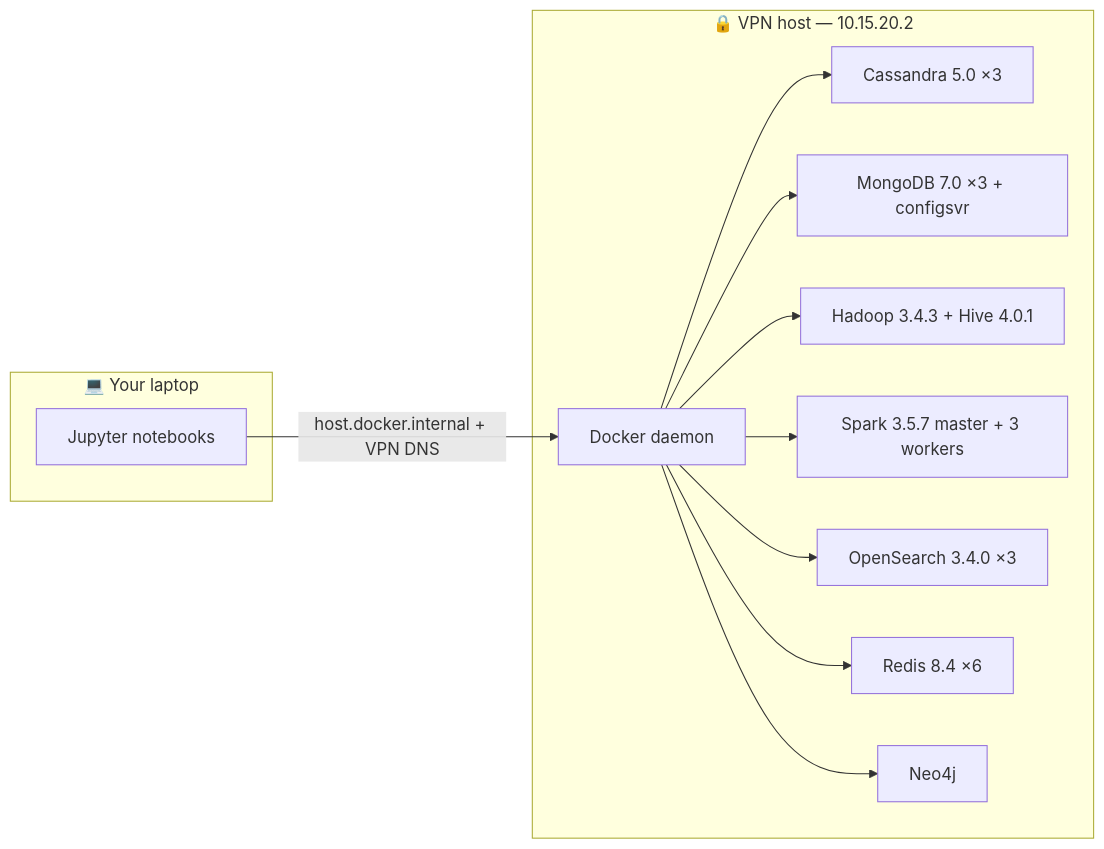
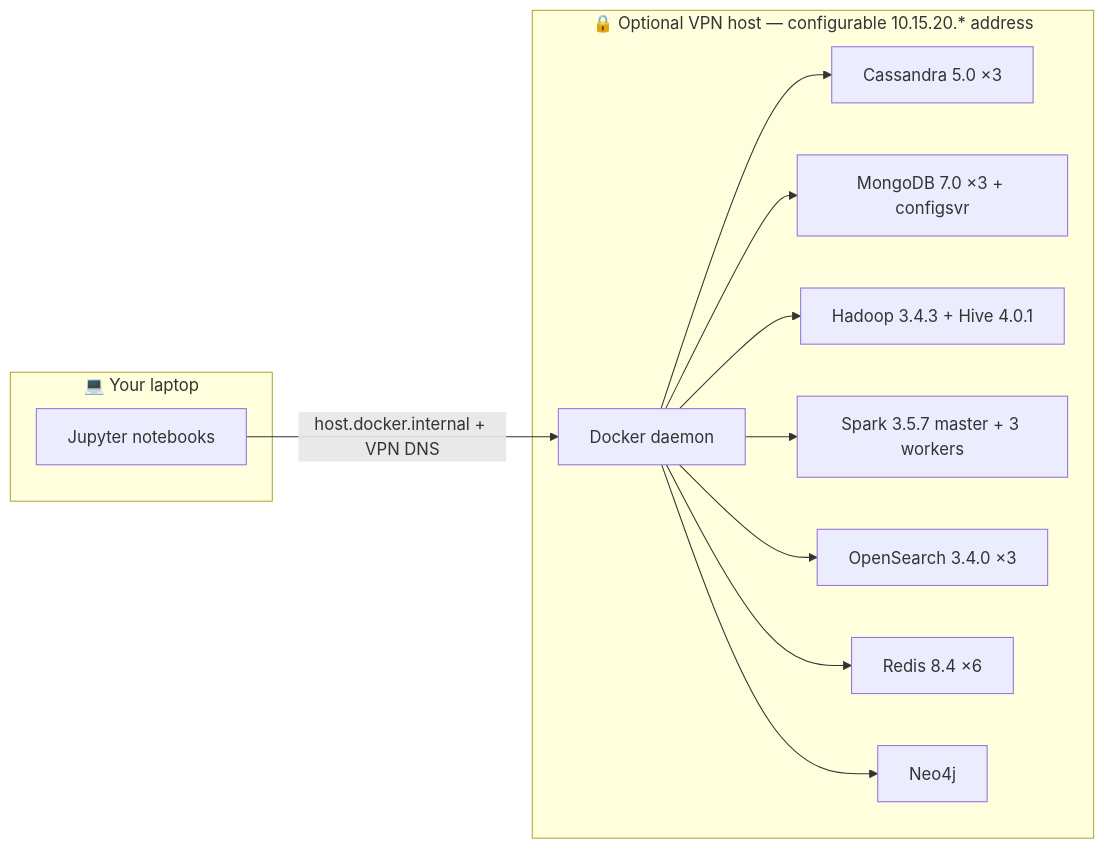
Before and after one commit to non-relational-dbs/labs: the first of 8 diagrams in README.md, drawn with Mermaid. The commit also changed other lines of this file and 41 other files, not shown here.

````diff
--- a/README.md
+++ b/README.md
@@ -63,24 +63,24 @@
 ```mermaid
 flowchart LR
     subgraph Laptop["💻 Your laptop"]
         NB["Jupyter notebooks"]
     end
-    subgraph VPN["🔒 VPN host — 10.15.20.2"]
+    subgraph VPN["🔒 Optional VPN host — configurable 10.15.20.* address"]
         D["Docker daemon"]
         C["Cassandra 5.0 ×3"]
         M["MongoDB 7.0 ×3 + configsvr"]
         H["Hadoop 3.4.3 + Hive 4.0.1"]
         S["Spark 3.5.7 master + 3 workers"]
         O["OpenSearch 3.4.0 ×3"]
         R["Redis 8.4 ×6"]
         N["Neo4j"]
     end
     NB -->|"host.docker.internal + VPN DNS"| D
     D --> C
     D --> M
     D --> H
     D --> S
     D --> O
     D --> R
     D --> N
 ```
````
